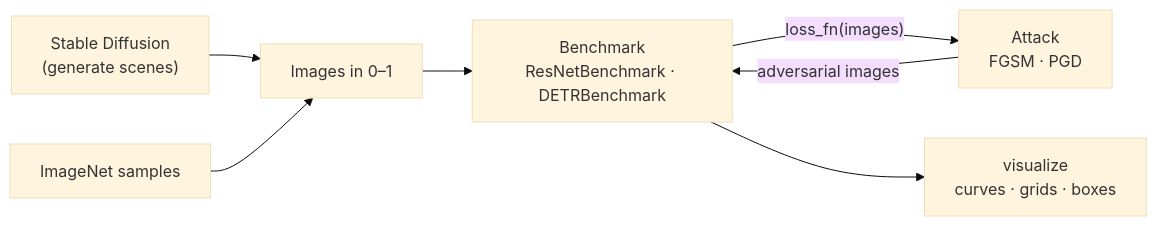
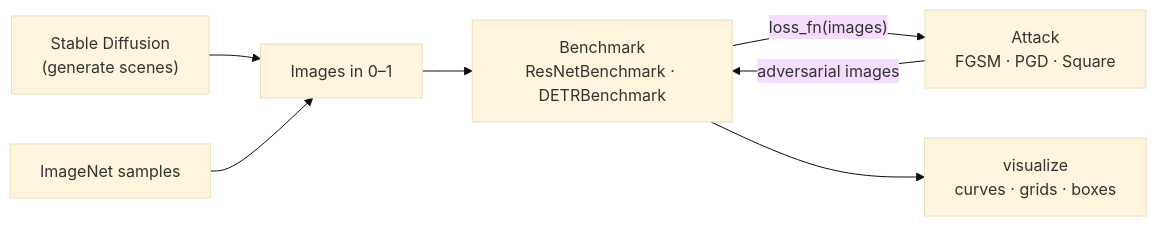
Before and after one commit to alicemuzum/gen-attack: the diagram in README.md, drawn with Mermaid (base theme). The commit also changed other lines of this file and 10 other files, not shown here.

First line of the commit message:
Add Square Attack, a gradient-free black-box attack

````diff
--- a/README.md
+++ b/README.md
@@ -118,9 +133,9 @@
 ```mermaid
 flowchart LR
     SD["Stable Diffusion<br/>(generate scenes)"] --> IMG[Images in 0–1]
     DS[ImageNet samples] --> IMG
     IMG --> BM["Benchmark<br/>ResNetBenchmark · DETRBenchmark"]
-    BM -- "loss_fn(images)" --> ATK["Attack<br/>FGSM · PGD"]
+    BM -- "loss_fn(images)" --> ATK["Attack<br/>FGSM · PGD · Square"]
     ATK -- adversarial images --> BM
     BM --> VIS["visualize<br/>curves · grids · boxes"]
 ```
````
